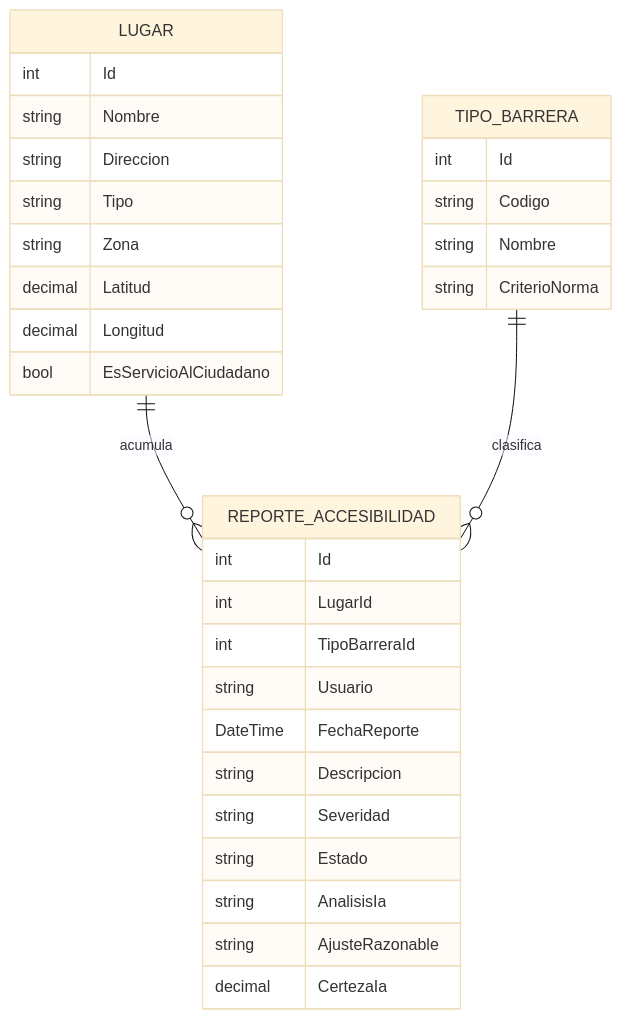
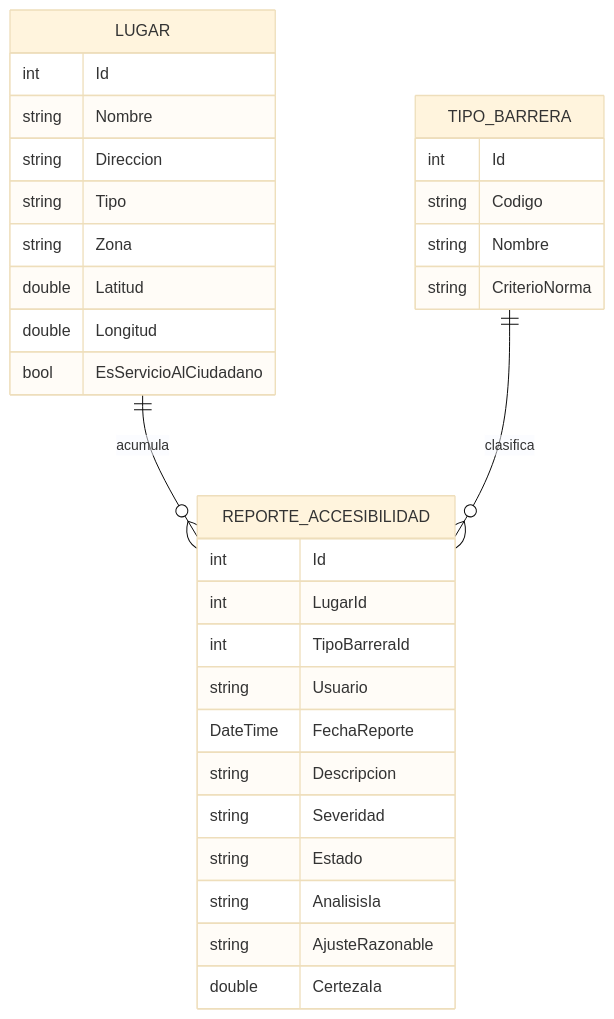
The first of 2 diagrams in docs/especificacion.md (dony-aep/ruta-accesible-api), drawn with Mermaid (base theme) before and after one commit. The commit also changed other lines of this file, not shown here.

Commit message:
Alinear la especificación con el tipo double de las entidades
El documento declaraba Latitud, Longitud y CertezaIa como decimal, pero las
entidades de PLAN-00 usan double y es lo que expone la API. SQLite guarda
double como REAL y decimal como texto, así que para coordenadas double es el
tipo correcto; se corrige el documento, no el código.

````diff
--- a/docs/especificacion.md
+++ b/docs/especificacion.md
@@ -85,37 +85,37 @@
 ```mermaid
 erDiagram
     LUGAR ||--o{ REPORTE_ACCESIBILIDAD : "acumula"
     TIPO_BARRERA ||--o{ REPORTE_ACCESIBILIDAD : "clasifica"
 
     LUGAR {
         int Id
         string Nombre
         string Direccion
         string Tipo
         string Zona
-        decimal Latitud
-        decimal Longitud
+        double Latitud
+        double Longitud
         bool EsServicioAlCiudadano
     }
 
     TIPO_BARRERA {
         int Id
         string Codigo
         string Nombre
         string CriterioNorma
     }
 
     REPORTE_ACCESIBILIDAD {
         int Id
         int LugarId
         int TipoBarreraId
         string Usuario
         DateTime FechaReporte
         string Descripcion
         string Severidad
         string Estado
         string AnalisisIa
         string AjusteRazonable
-        decimal CertezaIa
+        double CertezaIa
     }
 ```
````
